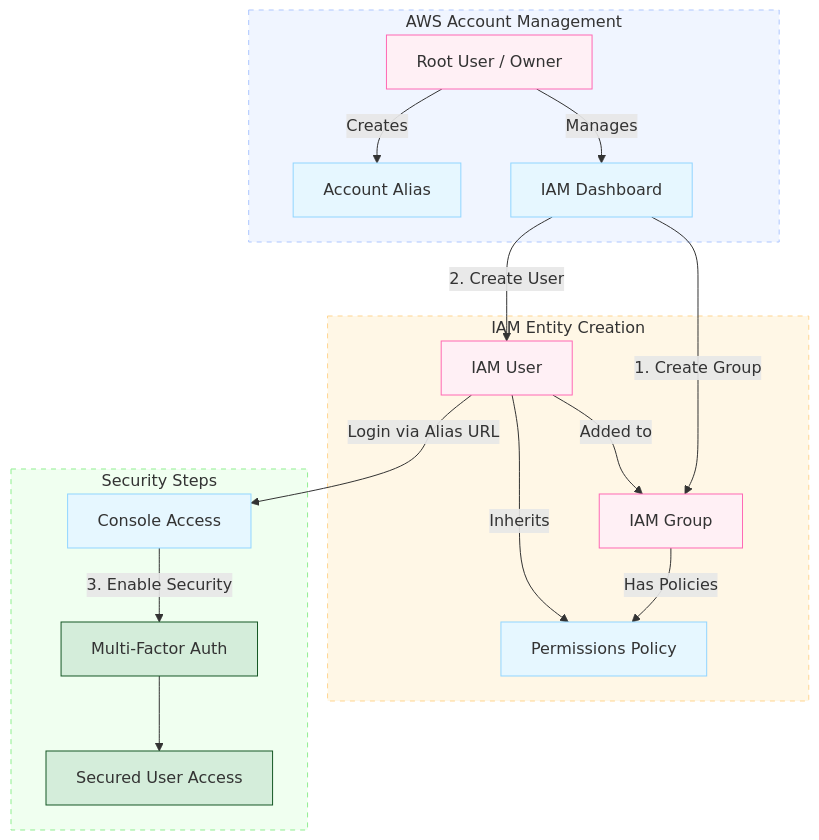
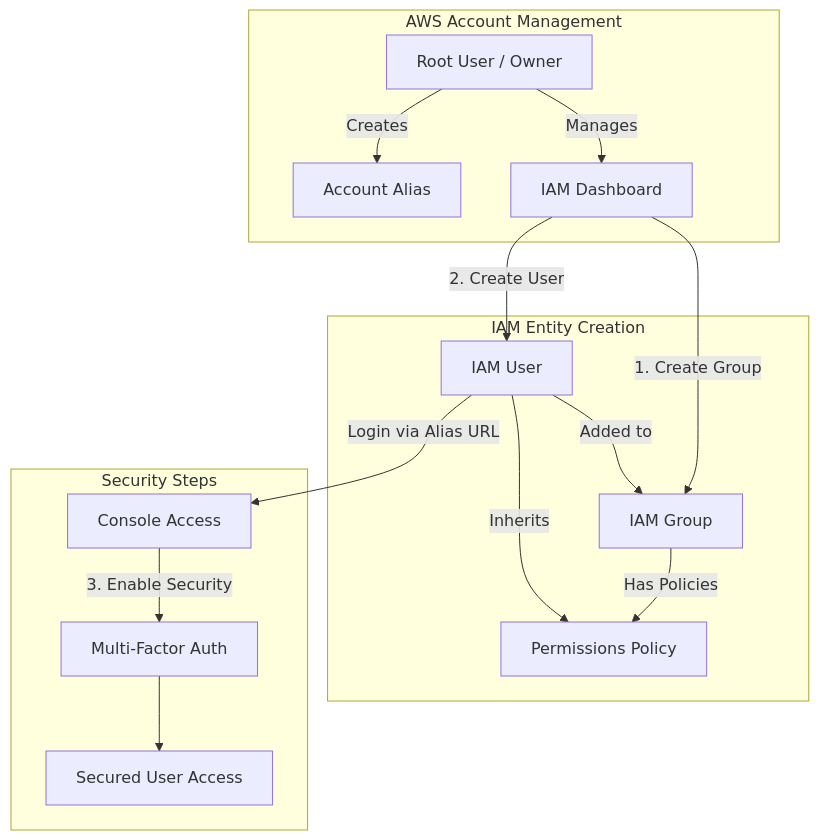
One commit to sujith-eag/sujith-library changed the first of 4 diagrams in docs/dev-cloud/cclab/lab_2.md. Above: the diagram before and after it, drawn with Mermaid. The commit also changed other lines of this file and 41 other files, not shown here.

First line of the commit message:
Refactor diagrams and remove redundant styles in documentation

````diff
--- a/docs/dev-cloud/cclab/lab_2.md
+++ b/docs/dev-cloud/cclab/lab_2.md
@@ -11,38 +11,25 @@
 ```mermaid
 flowchart TD
     subgraph Account_Management [" AWS Account Management "]
         Root[Root User / Owner]
         Alias[Account Alias]
         
         Root -->|Creates| Alias
         Root -->|Manages| IAM_Dash[IAM Dashboard]
     end
 
     subgraph IAM_Structure [" IAM Entity Creation "]
         IAM_Dash -->|1. Create Group| Group[IAM Group]
         Group -->|Has Policies| Policy[Permissions Policy]
         
         IAM_Dash -->|2. Create User| User[IAM User]
         User -->|Added to| Group
         User -->|Inherits| Policy
     end
 
     subgraph Security_Hardening [" Security Steps "]
         User -->|Login via Alias URL| Console[Console Access]
         Console -->|3. Enable Security| MFA[Multi-Factor Auth]
         MFA --> Secure[Secured User Access]
     end
-
-    classDef process fill:#e6f7ff,stroke:#91d5ff
-    classDef decision fill:#fffbe6,stroke:#ffe58f
-    classDef success fill:#d4edda,stroke:#155724
-    classDef highlight fill:#fff0f5,stroke:#ff69b4
-
-    class IAM_Dash,Alias,Console,Policy process
-    class Root,Group,User highlight
-    class Secure,MFA success
-
-    style Account_Management fill:#f0f5ff,stroke:#adc6ff,stroke-dasharray: 5 5
-    style IAM_Structure fill:#fff7e6,stroke:#ffd591,stroke-dasharray: 5 5
-    style Security_Hardening fill:#f0fff0,stroke:#90ee90,stroke-dasharray: 5 5
 ```
````
